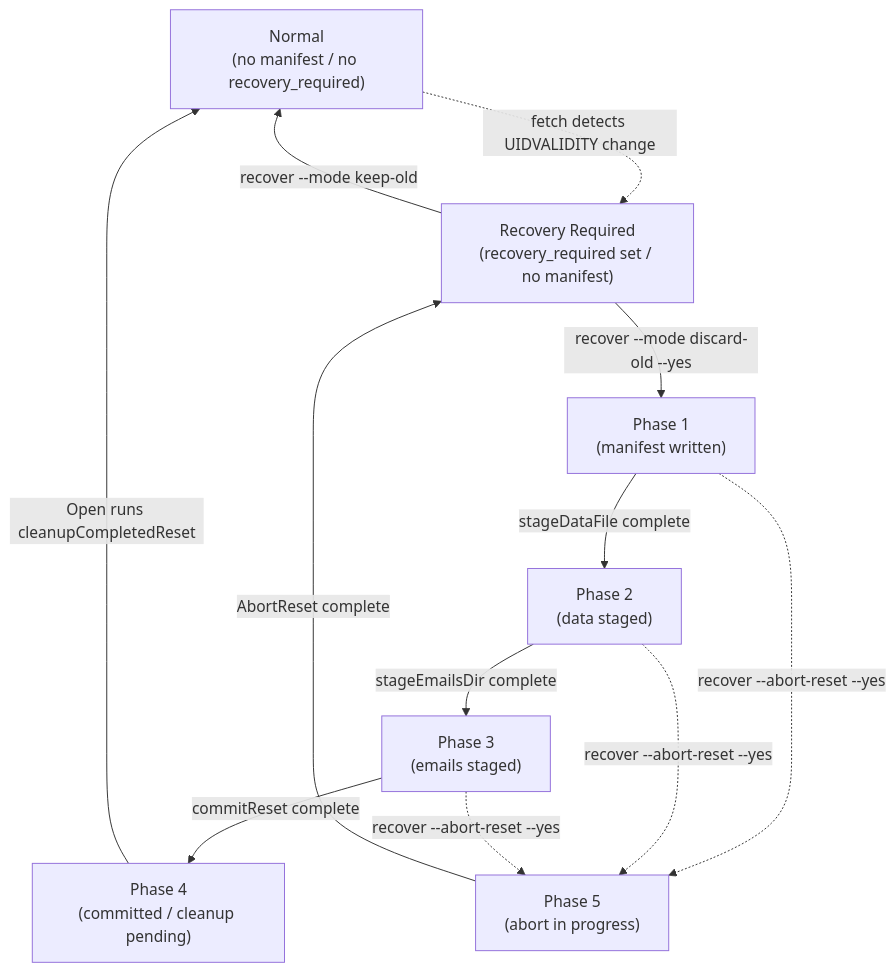
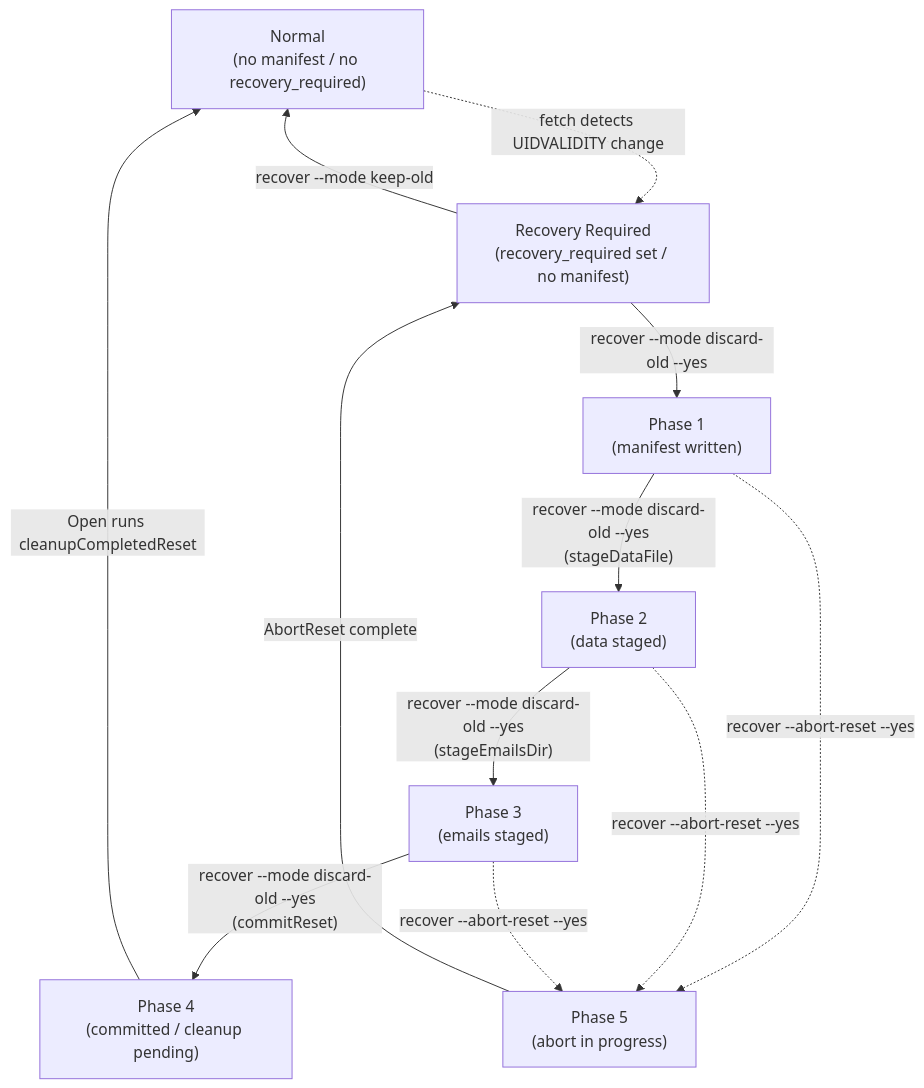
The diagram in docs/dev/adr/0003_reset_phase_design.md (isseis/tlsrpt-digest), drawn with Mermaid before and after one commit. The commit also changed 1 other file, not shown here.

Commit message:
docs(adr-0003): label phase transitions with triggering command
P1→P2, P2→P3, P3→P4 are triggered by recover --mode discard-old --yes
(whether initial run or resume after crash), not by automatic progression.
Relabeling makes it clear that the same command both starts and resumes
the forward path, and that abort is the alternative from any of phases 1-3.

````diff
--- a/docs/dev/adr/0003_reset_phase_design.md
+++ b/docs/dev/adr/0003_reset_phase_design.md
@@ -62,22 +62,22 @@
 ```mermaid
 flowchart TD
     Normal["Normal<br>(no manifest / no recovery_required)"]
     RR["Recovery Required<br>(recovery_required set / no manifest)"]
     P1["Phase 1<br>(manifest written)"]
     P2["Phase 2<br>(data staged)"]
     P3["Phase 3<br>(emails staged)"]
     P4["Phase 4<br>(committed / cleanup pending)"]
     P5["Phase 5<br>(abort in progress)"]
 
     Normal -.->|"fetch detects UIDVALIDITY change"| RR
     RR -->|"recover --mode keep-old"| Normal
     RR -->|"recover --mode discard-old --yes"| P1
-    P1 -->|"stageDataFile complete"| P2
-    P2 -->|"stageEmailsDir complete"| P3
-    P3 -->|"commitReset complete"| P4
+    P1 -->|"recover --mode discard-old --yes<br>(stageDataFile)"| P2
+    P2 -->|"recover --mode discard-old --yes<br>(stageEmailsDir)"| P3
+    P3 -->|"recover --mode discard-old --yes<br>(commitReset)"| P4
     P4 -->|"Open runs cleanupCompletedReset"| Normal
     P1 -.->|"recover --abort-reset --yes"| P5
     P2 -.->|"recover --abort-reset --yes"| P5
     P3 -.->|"recover --abort-reset --yes"| P5
     P5 -->|"AbortReset complete"| RR
 ```
````
